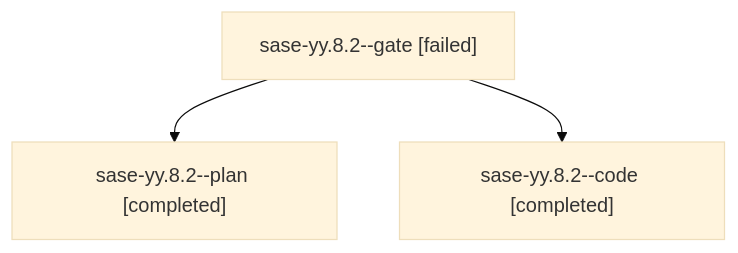
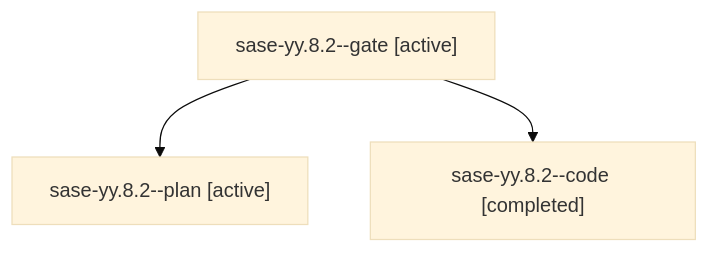
The diagram in families/bbugyi200.athena.sase-yy.8.2.md (sase-org/sase--agents), drawn with Mermaid (base theme) before and after one commit. The commit also changed other lines of this file and 35830 other files, not shown here.

````diff
--- a/families/bbugyi200.athena.sase-yy.8.2.md
+++ b/families/bbugyi200.athena.sase-yy.8.2.md
@@ -9,8 +9,8 @@
 ```mermaid
 flowchart TD
-  n0["sase-yy.8.2--gate [failed]"]
-  n1["sase-yy.8.2--plan [completed]"]
+  n0["sase-yy.8.2--gate [active]"]
+  n1["sase-yy.8.2--plan [active]"]
   n0 --> n1
   n2["sase-yy.8.2--code [completed]"]
   n0 --> n2
 ```
````
